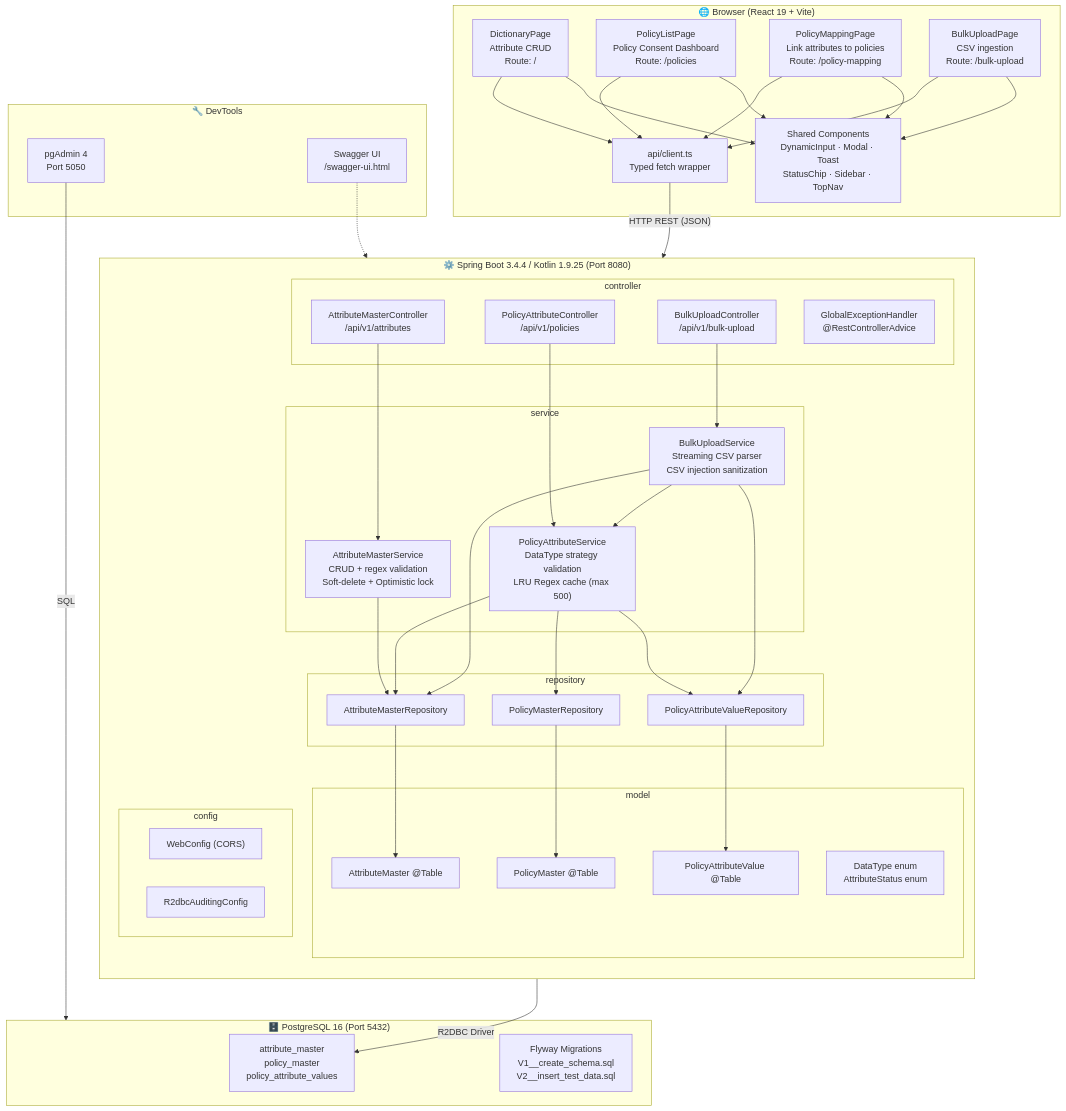
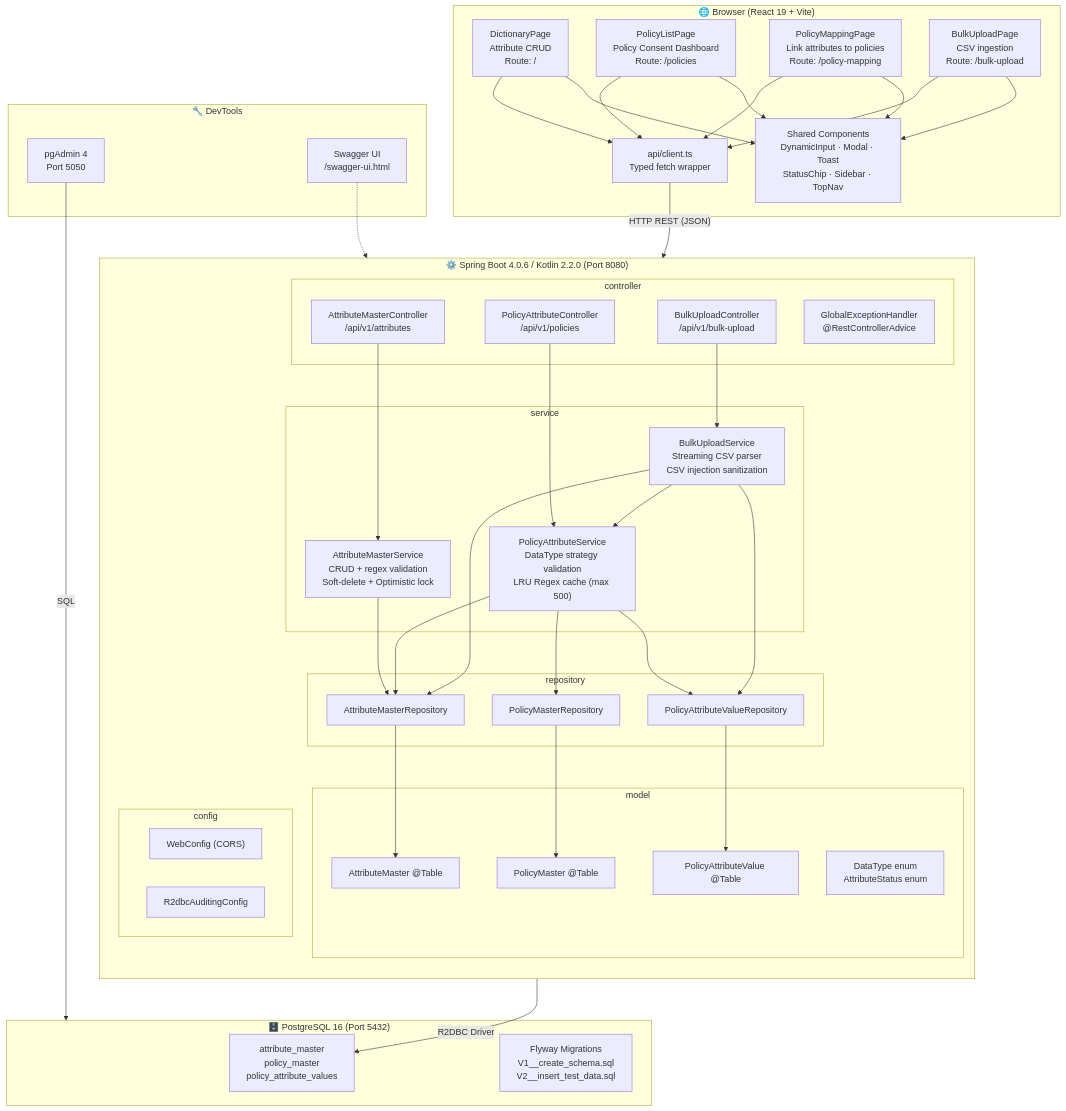
Before and after one commit to Kullapan/policy-attibute: the second of 2 diagrams in README.md, drawn with Mermaid. The commit also changed other lines of this file and 7 other files, not shown here.

```diff
--- a/README.md
+++ b/README.md
@@ -187,7 +189,7 @@
         BulkPage --> Components
     end
 
-    subgraph Backend["⚙️ Spring Boot 3.4.4 / Kotlin 1.9.25 (Port 8080)"]
+    subgraph Backend["⚙️ Spring Boot 4.0.6 / Kotlin 2.2.0 (Port 8080)"]
         direction TB
 
         subgraph REST["controller"]
```
